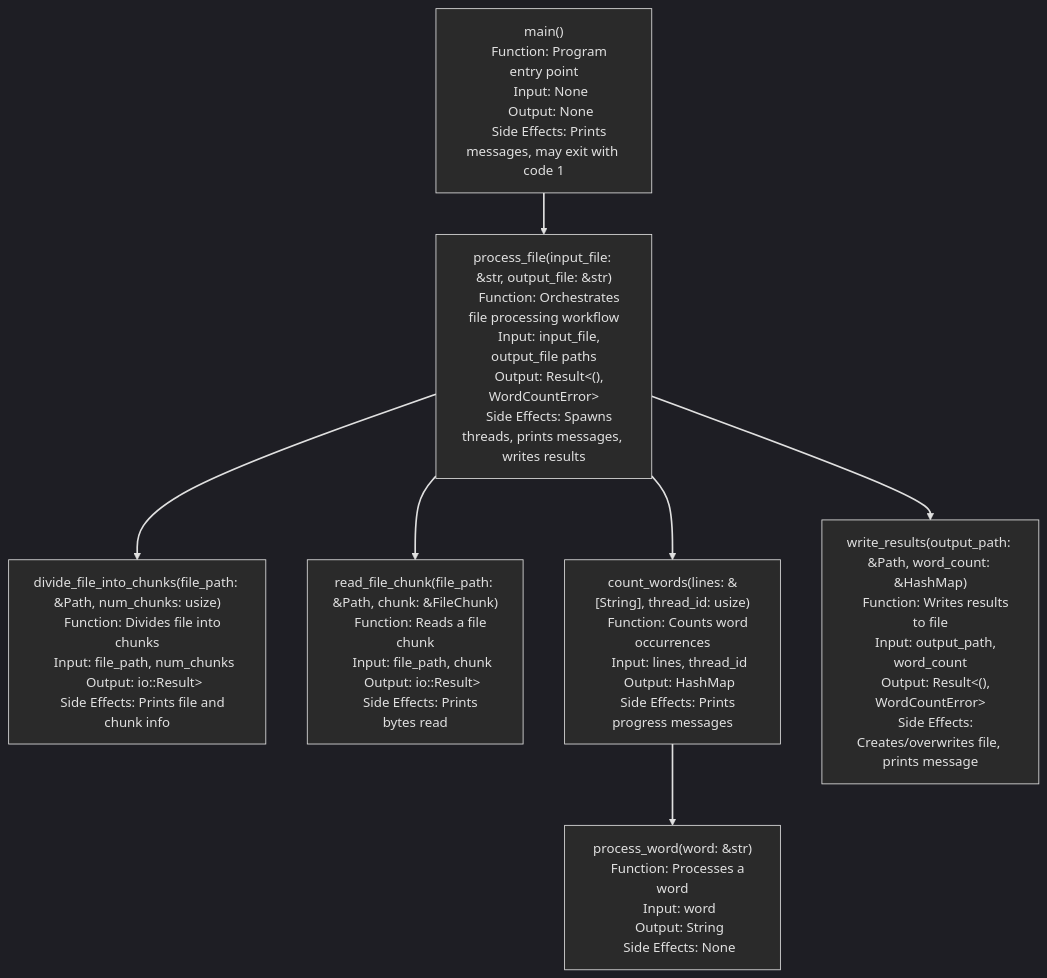
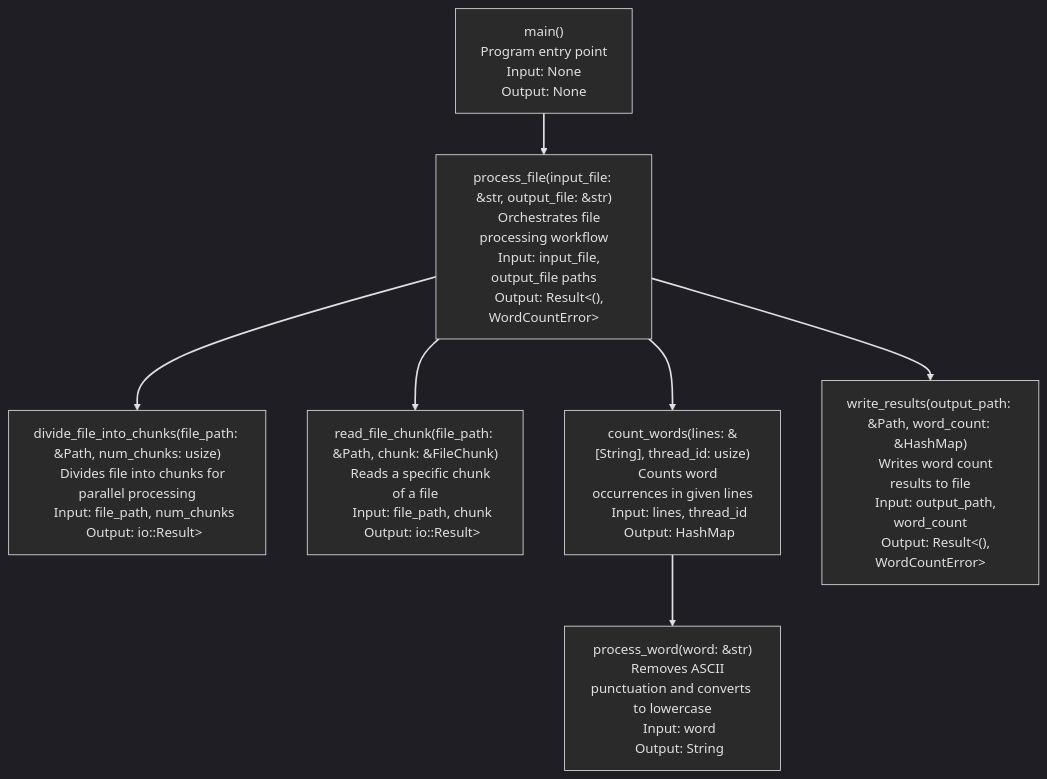
One commit to wubin28/wuzhenbens_playground changed the diagram in word_count_rust/README.md. Above: the diagram before and after it, drawn with Mermaid. The commit also changed other lines of this file, not shown here.

Commit message:
docs:word_count_rust: update api docs and function call diagram

````diff
--- a/word_count_rust/README.md
+++ b/word_count_rust/README.md
@@ -3,56 +3,49 @@
 ```mermaid
 %%{init: {'theme': 'dark', 'themeVariables': { 'primaryColor': '#e0e0e0', 'textColor': '#e0e0e0', 'lineColor': '#e0e0e0'}}}%%
 graph TD
     classDef default fill:#2a2a2a,stroke:#e0e0e0,color:#e0e0e0;
 
     main["main()
-    Function: Program entry point
+    Program entry point
     Input: None
-    Output: None
-    Side Effects: Prints messages, may exit with code 1"]
+    Output: None"]
 
     process_file["process_file(input_file: &str, output_file: &str)
-    Function: Orchestrates file processing workflow
+    Orchestrates file processing workflow
     Input: input_file, output_file paths
-    Output: Result<(), WordCountError>
-    Side Effects: Spawns threads, prints messages, writes results"]
+    Output: Result<(), WordCountError>"]
 
     divide_file_into_chunks["divide_file_into_chunks(file_path: &Path, num_chunks: usize)
-    Function: Divides file into chunks
+    Divides file into chunks for parallel processing
     Input: file_path, num_chunks
-    Output: io::Result<Vec<FileChunk>>
-    Side Effects: Prints file and chunk info"]
+    Output: io::Result<Vec<FileChunk>>"]
 
     read_file_chunk["read_file_chunk(file_path: &Path, chunk: &FileChunk)
-    Function: Reads a file chunk
+    Reads a specific chunk of a file
     Input: file_path, chunk
-    Output: io::Result<Vec<String>>
-    Side Effects: Prints bytes read"]
+    Output: io::Result<Vec<String>>"]
 
     count_words["count_words(lines: &[String], thread_id: usize)
-    Function: Counts word occurrences
+    Counts word occurrences in given lines
     Input: lines, thread_id
-    Output: HashMap<String, usize>
-    Side Effects: Prints progress messages"]
+    Output: HashMap<String, usize>"]
 
     process_word["process_word(word: &str)
-    Function: Processes a word
+    Removes ASCII punctuation and converts to lowercase
     Input: word
-    Output: String
-    Side Effects: None"]
+    Output: String"]
 
     write_results["write_results(output_path: &Path, word_count: &HashMap<String, usize>)
-    Function: Writes results to file
+    Writes word count results to file
     Input: output_path, word_count
-    Output: Result<(), WordCountError>
-    Side Effects: Creates/overwrites file, prints message"]
+    Output: Result<(), WordCountError>"]
 
     main --> process_file
     process_file --> divide_file_into_chunks
     process_file --> read_file_chunk
     process_file --> count_words
     process_file --> write_results
     count_words --> process_word
 
     linkStyle default stroke:#e0e0e0,stroke-width:2px
 ```
````
